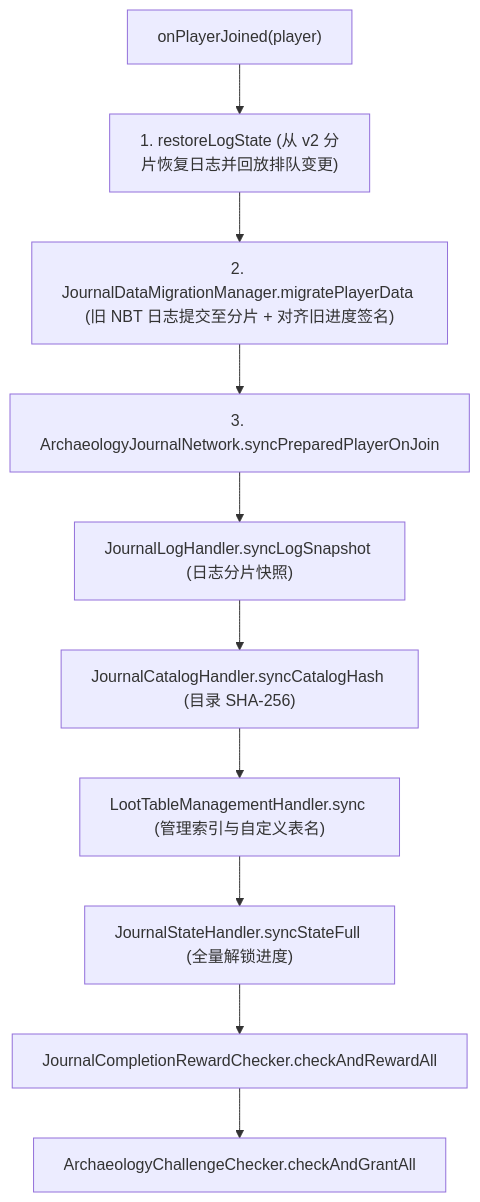
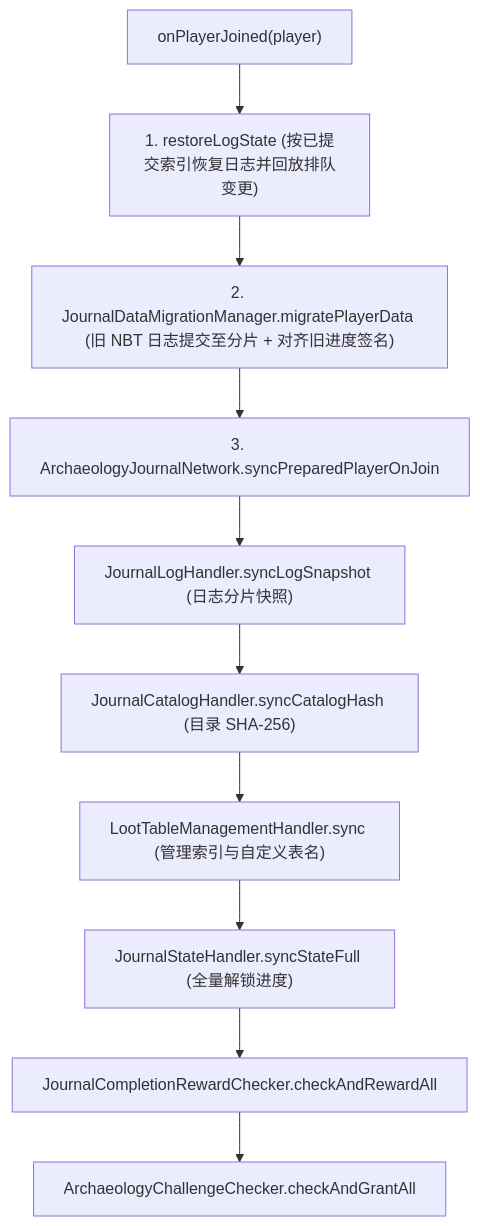
The fifth of 5 diagrams in docs/dev/subsystems/journal.md (meteoritel/unsuspicious-block), drawn with Mermaid before and after one commit. The commit also changed other lines of this file and 18 other files, not shown here.

````diff
--- a/docs/dev/subsystems/journal.md
+++ b/docs/dev/subsystems/journal.md
@@ -138,12 +138,12 @@
 ```mermaid
 flowchart TD
-    Join["onPlayerJoined(player)"] --> Restore["1. restoreLogState (从 v2 分片恢复日志并回放排队变更)"]
+    Join["onPlayerJoined(player)"] --> Restore["1. restoreLogState (按已提交索引恢复日志并回放排队变更)"]
     Restore --> Migrate["2. JournalDataMigrationManager.migratePlayerData (旧 NBT 日志提交至分片 + 对齐旧进度签名)"]
     Migrate --> Net["3. ArchaeologyJournalNetwork.syncPreparedPlayerOnJoin"]
     Net --> S1["JournalLogHandler.syncLogSnapshot (日志分片快照)"]
     S1 --> S2["JournalCatalogHandler.syncCatalogHash (目录 SHA-256)"]
     S2 --> S3["LootTableManagementHandler.sync (管理索引与自定义表名)"]
     S3 --> S4["JournalStateHandler.syncStateFull (全量解锁进度)"]
     S4 --> S5["JournalCompletionRewardChecker.checkAndRewardAll"]
     S5 --> S6["ArchaeologyChallengeChecker.checkAndGrantAll"]
 ```
````
